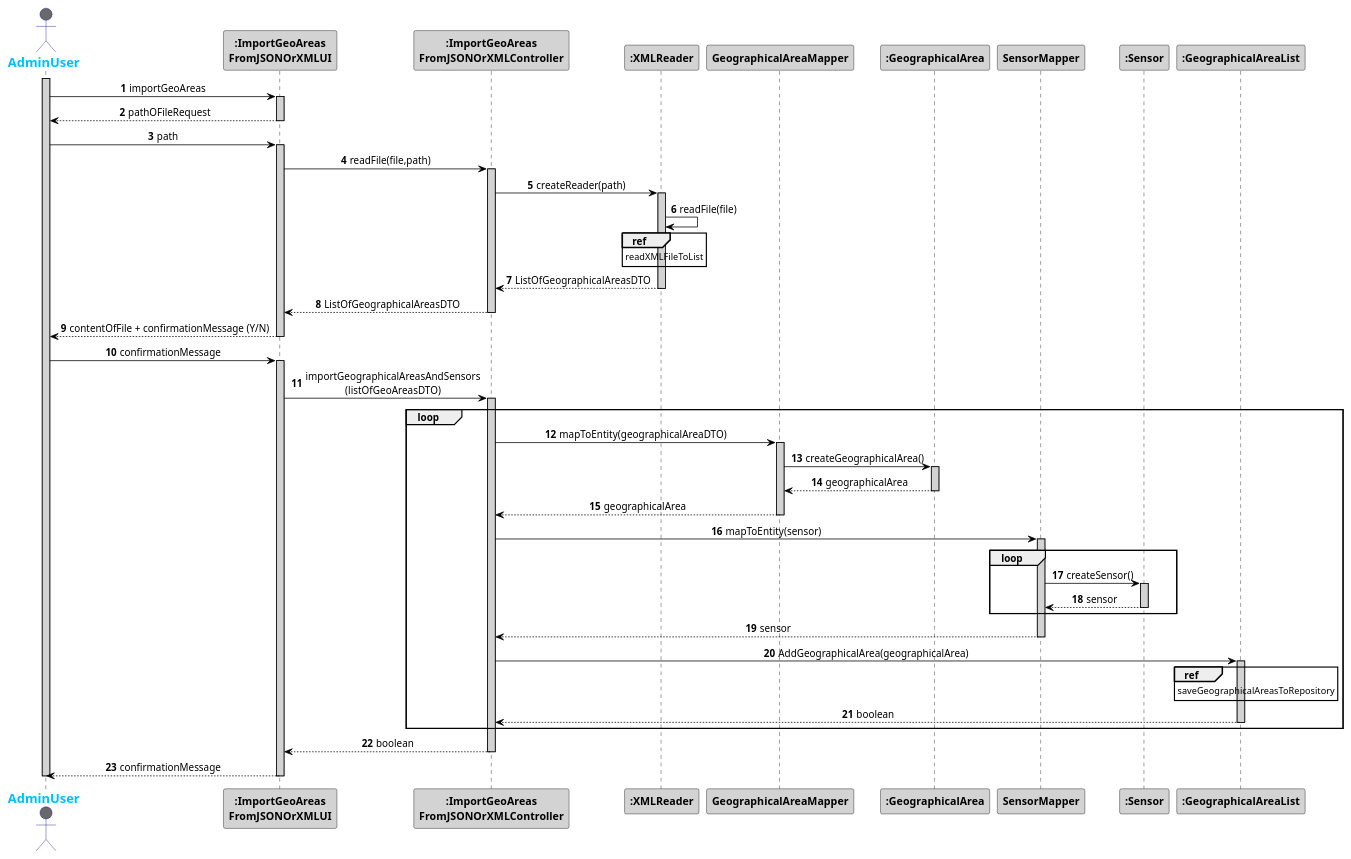
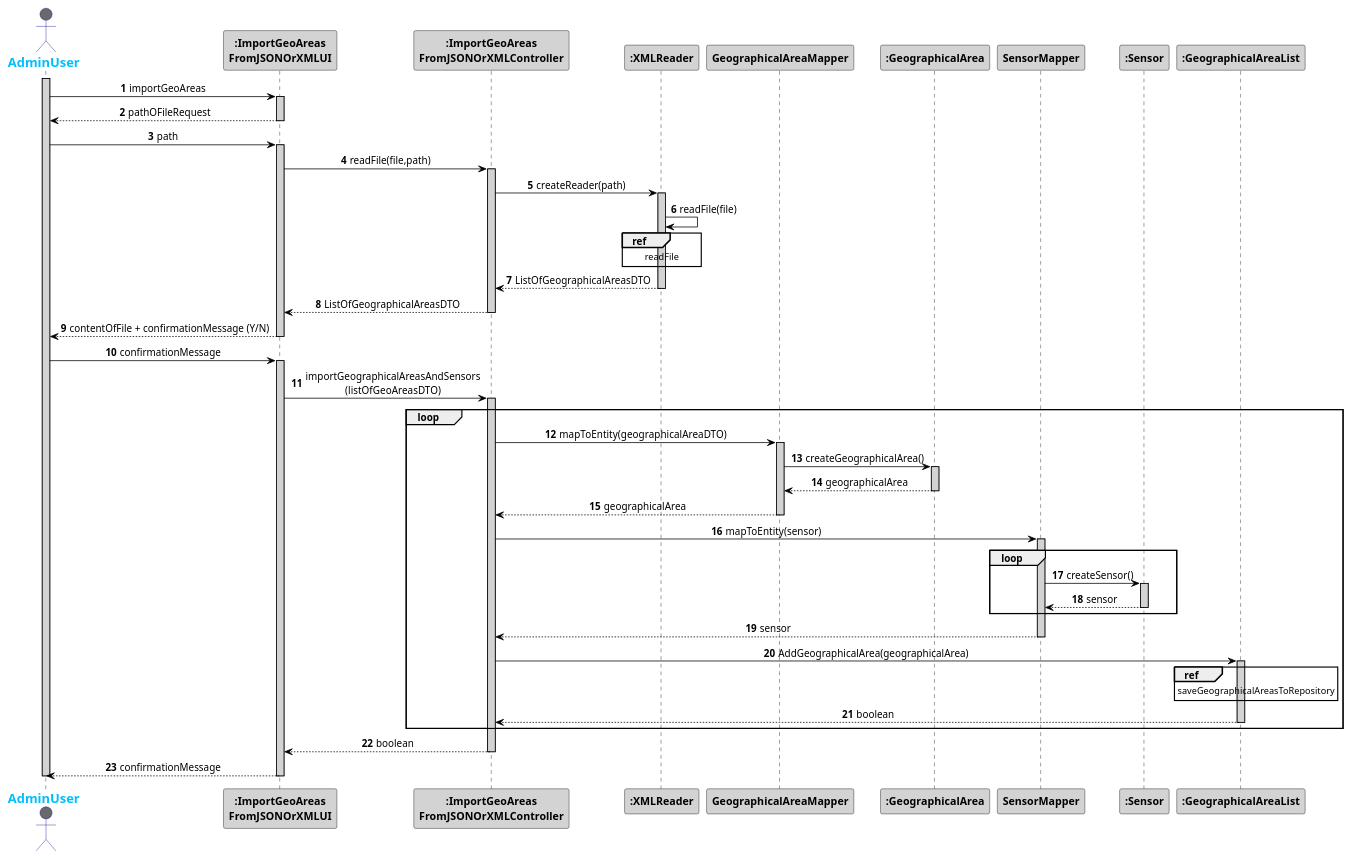
Before and after one commit to 1181687/hateoasToy: the diagram in src/main/java/pt/ipp/isep/dei/project/controllers/importgeoareasfromjsonorxmlcontroller/SD_ImportGeoAreasFromXML.puml, drawn with PlantUML.

Commit message:
Changes to sequence diagram

```diff
--- a/src/main/java/pt/ipp/isep/dei/project/controllers/importgeoareasfromjsonorxmlcontroller/SD_ImportGeoAreasFromXML.puml
+++ b/src/main/java/pt/ipp/isep/dei/project/controllers/importgeoareasfromjsonorxmlcontroller/SD_ImportGeoAreasFromXML.puml
@@ -1,80 +1,80 @@
 @startuml
 skinparam sequenceMessageAlign center
 skinparam sequence {
 	ArrowColor Black
 	ActorBorderColor DarkBlue
 	LifeLineBorderColor black
 	LifeLineBackgroundColor LightGrey
 
 	ParticipantBorderColor Black
 	ParticipantBackgroundColor LightGrey
 	ParticipantFontStyle Bold
 
 	ActorBackgroundColor DimGrey
 	ActorFontColor DeepSkyBlue
 	ActorFontStyle Bold
 	ActorFontSize 17
 	ActorFontName Aapex
 }
 actor AdminUser
 activate AdminUser
 actor AdminUser
 autonumber
 AdminUser -> ":ImportGeoAreas\nFromJSONOrXMLUI": importGeoAreas
 activate ":ImportGeoAreas\nFromJSONOrXMLUI"
 AdminUser <-- ":ImportGeoAreas\nFromJSONOrXMLUI": pathOFileRequest
 deactivate ":ImportGeoAreas\nFromJSONOrXMLUI"
 AdminUser -> ":ImportGeoAreas\nFromJSONOrXMLUI": path
 activate ":ImportGeoAreas\nFromJSONOrXMLUI"
 ":ImportGeoAreas\nFromJSONOrXMLUI" -> ":ImportGeoAreas\nFromJSONOrXMLController": readFile(file,path)
 activate ":ImportGeoAreas\nFromJSONOrXMLController"
 ":ImportGeoAreas\nFromJSONOrXMLController" -> ":XMLReader": createReader(path)
 activate ":XMLReader"
 ":XMLReader" -> ":XMLReader" : readFile(file)
 ref over ":XMLReader"
-readXMLFileToList
+readFile
 end
 ":ImportGeoAreas\nFromJSONOrXMLController" <-- ":XMLReader" : ListOfGeographicalAreasDTO
 deactivate ":XMLReader"
 ":ImportGeoAreas\nFromJSONOrXMLUI" <-- ":ImportGeoAreas\nFromJSONOrXMLController" : ListOfGeographicalAreasDTO
 deactivate ":ImportGeoAreas\nFromJSONOrXMLController"
 AdminUser <-- ":ImportGeoAreas\nFromJSONOrXMLUI": contentOfFile + confirmationMessage (Y/N)
 deactivate ":ImportGeoAreas\nFromJSONOrXMLUI"
 AdminUser -> ":ImportGeoAreas\nFromJSONOrXMLUI": confirmationMessage
 activate ":ImportGeoAreas\nFromJSONOrXMLUI"
 ":ImportGeoAreas\nFromJSONOrXMLUI" -> ":ImportGeoAreas\nFromJSONOrXMLController": importGeographicalAreasAndSensors\n(listOfGeoAreasDTO)
 activate ":ImportGeoAreas\nFromJSONOrXMLController"
 loop
 ":ImportGeoAreas\nFromJSONOrXMLController" -> "GeographicalAreaMapper" : mapToEntity(geographicalAreaDTO)
 activate "GeographicalAreaMapper"
 "GeographicalAreaMapper" -> ":GeographicalArea" : createGeographicalArea()
 activate ":GeographicalArea"
 "GeographicalAreaMapper" <-- ":GeographicalArea" : geographicalArea
 deactivate ":GeographicalArea"
 ":ImportGeoAreas\nFromJSONOrXMLController" <-- "GeographicalAreaMapper" : geographicalArea
 deactivate "GeographicalAreaMapper"
 ":ImportGeoAreas\nFromJSONOrXMLController" -> "SensorMapper" : mapToEntity(sensor)
 loop
 activate "SensorMapper"
 "SensorMapper" -> ":Sensor" : createSensor()
 activate ":Sensor"
 "SensorMapper" <-- ":Sensor" : sensor
 deactivate ":Sensor"
 end
 ":ImportGeoAreas\nFromJSONOrXMLController" <-- "SensorMapper" : sensor
  deactivate "SensorMapper"
 ":ImportGeoAreas\nFromJSONOrXMLController"  -> ":GeographicalAreaList" : AddGeographicalArea(geographicalArea)
 activate ":GeographicalAreaList"
 ref over ":GeographicalAreaList"
 saveGeographicalAreasToRepository
 end
 ":ImportGeoAreas\nFromJSONOrXMLController" <-- ":GeographicalAreaList" : boolean
 deactivate ":GeographicalAreaList"
 end
 ":ImportGeoAreas\nFromJSONOrXMLUI" <-- ":ImportGeoAreas\nFromJSONOrXMLController": boolean
 deactivate ":ImportGeoAreas\nFromJSONOrXMLController"
 AdminUser <-- ":ImportGeoAreas\nFromJSONOrXMLUI": confirmationMessage
 deactivate ":ImportGeoAreas\nFromJSONOrXMLUI"
 deactivate AdminUser
 
 @enduml
```
